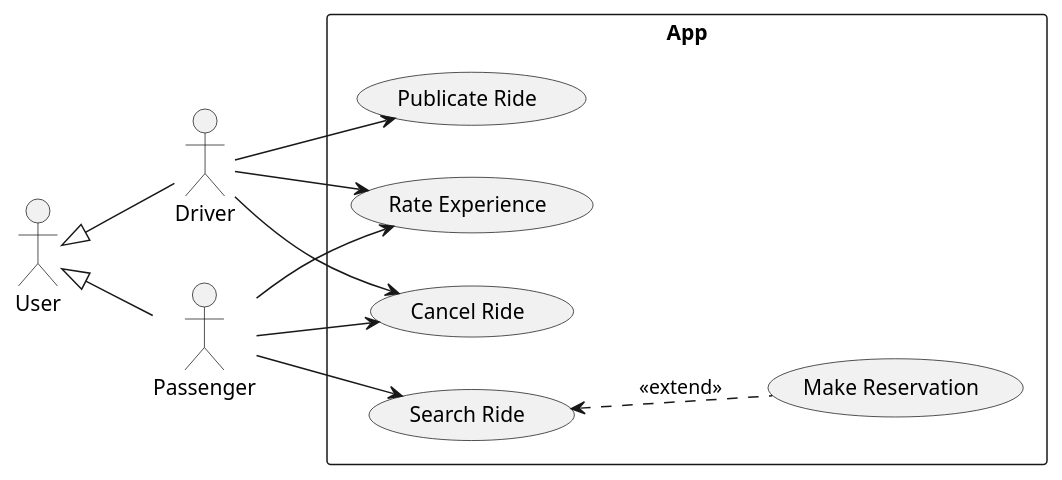
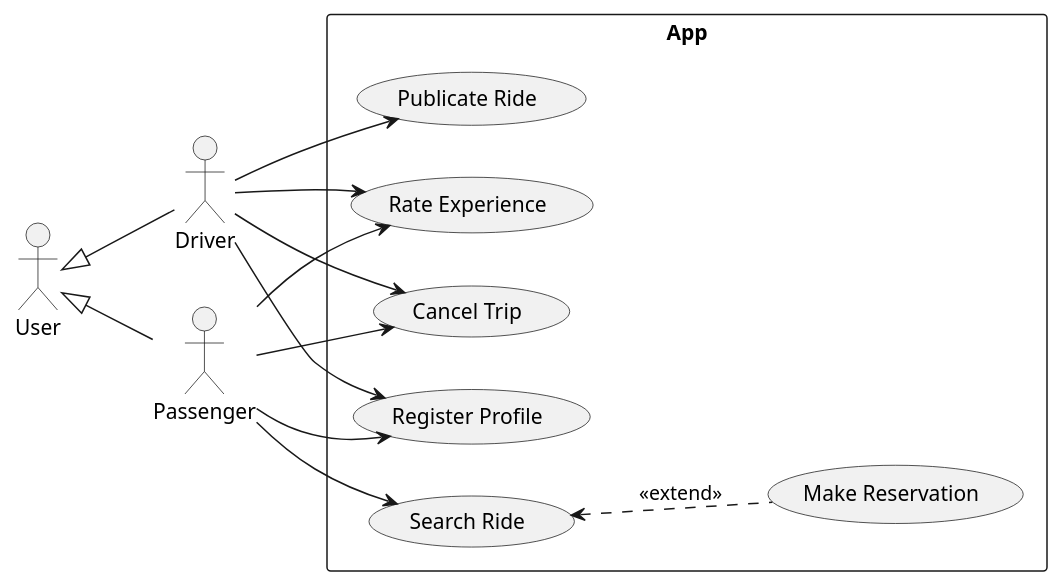
The diagram in docs/usecase/usecases.puml (Pesagniya/FATEC-Ride), drawn with PlantUML before and after one commit.

```diff
--- a/docs/usecase/usecases.puml
+++ b/docs/usecase/usecases.puml
@@ -1,30 +1,34 @@
 @startuml
 left to right direction
 skinparam packageStyle rectangle
 
 actor User as user
 actor Driver as driver
 actor Passenger as passenger
 
 user <|-- driver
 user <|-- passenger
 
 rectangle "App" {
   
     usecase "Publicate Ride" as publicateRide
     usecase "Make Reservation" as interest
     usecase "Rate Experience" as rateExp
     usecase "Search Ride" as search
-    usecase "Cancel Ride" as cancel
+    usecase "Cancel Trip" as cancel
+    usecase "Register Profile" as register
     search <.. interest  : <<extend>>
 
     driver --> publicateRide
     driver --> rateExp
     driver --> cancel
+    driver --> register
 
+    passenger --> register
     passenger --> rateExp
     passenger --> search
     passenger --> cancel
 
+
 }
 @enduml
```
